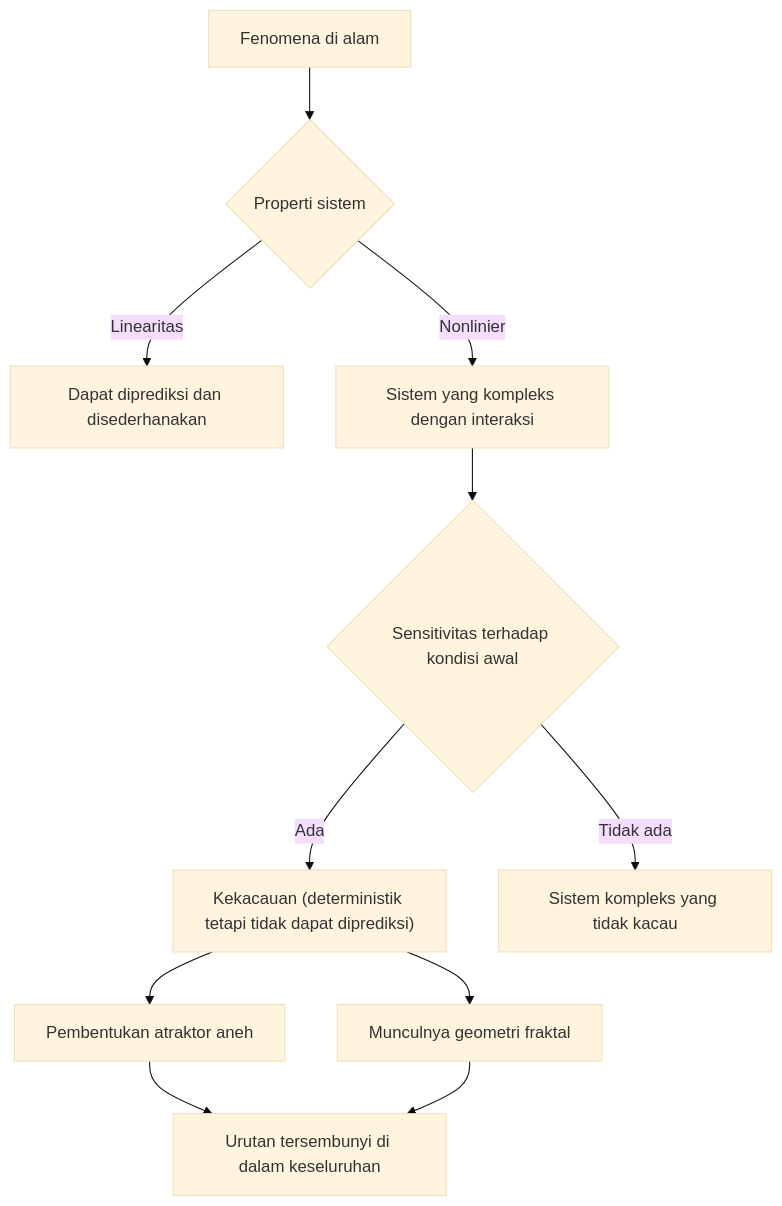
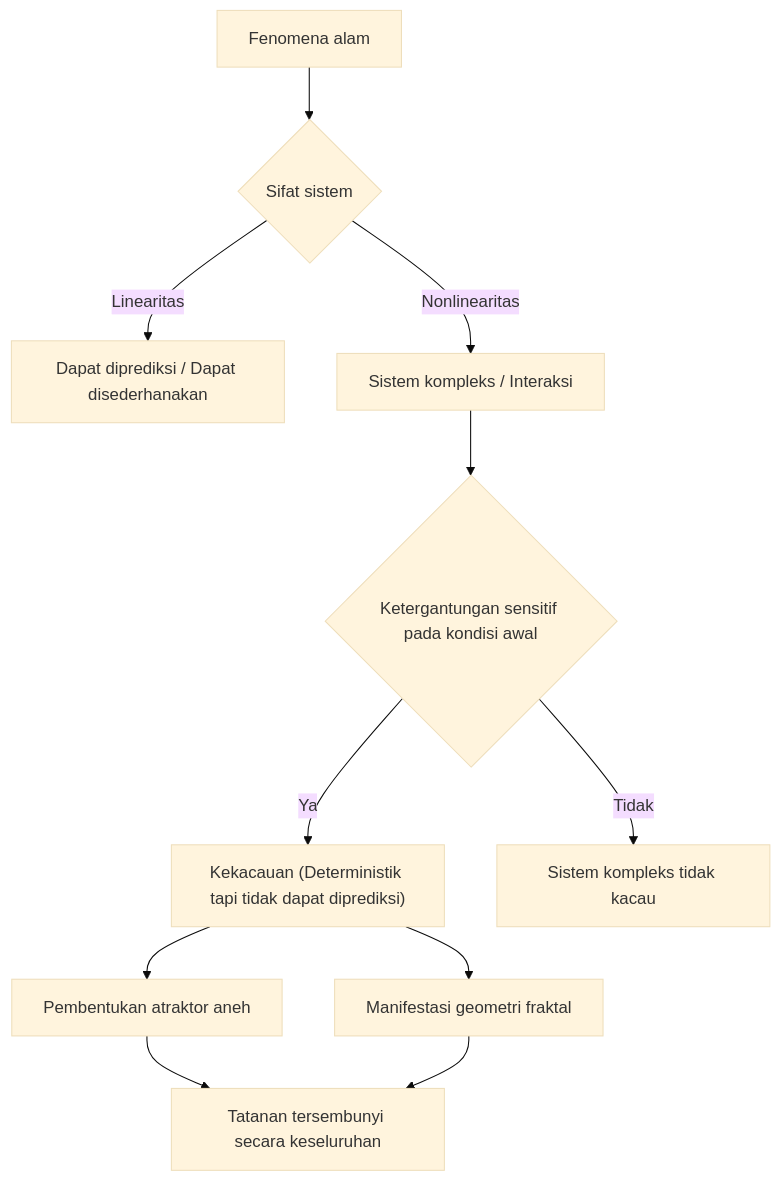
One commit to kenjinote/blog changed the second of 2 diagrams in content/post/chaos-theory/index.id.md. Above: the diagram before and after it, drawn with Mermaid (base theme). The commit also changed other lines of this file and 97 other files, not shown here.

````diff
--- a/content/post/chaos-theory/index.id.md
+++ b/content/post/chaos-theory/index.id.md
@@ -201,13 +201,13 @@
 ```mermaid
 graph TD
-    A["Fenomena di alam"] --> B{"Properti sistem"}
-    B -->|"Linearitas"| C["Dapat diprediksi dan disederhanakan"]
-    B -->|"Nonlinier"| D["Sistem yang kompleks dengan interaksi"]
-    D --> E{"Sensitivitas terhadap kondisi awal"}
-    E -->|"Ada"| F["Kekacauan (deterministik tetapi tidak dapat diprediksi)"]
-    E -->|"Tidak ada"| G["Sistem kompleks yang tidak kacau"]
+    A["Fenomena alam"] --> B{"Sifat sistem"}
+    B -->|"Linearitas"| C["Dapat diprediksi / Dapat disederhanakan"]
+    B -->|"Nonlinearitas"| D["Sistem kompleks / Interaksi"]
+    D --> E{"Ketergantungan sensitif pada kondisi awal"}
+    E -->|"Ya"| F["Kekacauan (Deterministik tapi tidak dapat diprediksi)"]
+    E -->|"Tidak"| G["Sistem kompleks tidak kacau"]
     F --> H["Pembentukan atraktor aneh"]
-    F --> I["Munculnya geometri fraktal"]
-    H --> J["Urutan tersembunyi di dalam keseluruhan"]
+    F --> I["Manifestasi geometri fraktal"]
+    H --> J["Tatanan tersembunyi secara keseluruhan"]
     I --> J
 ```
````
